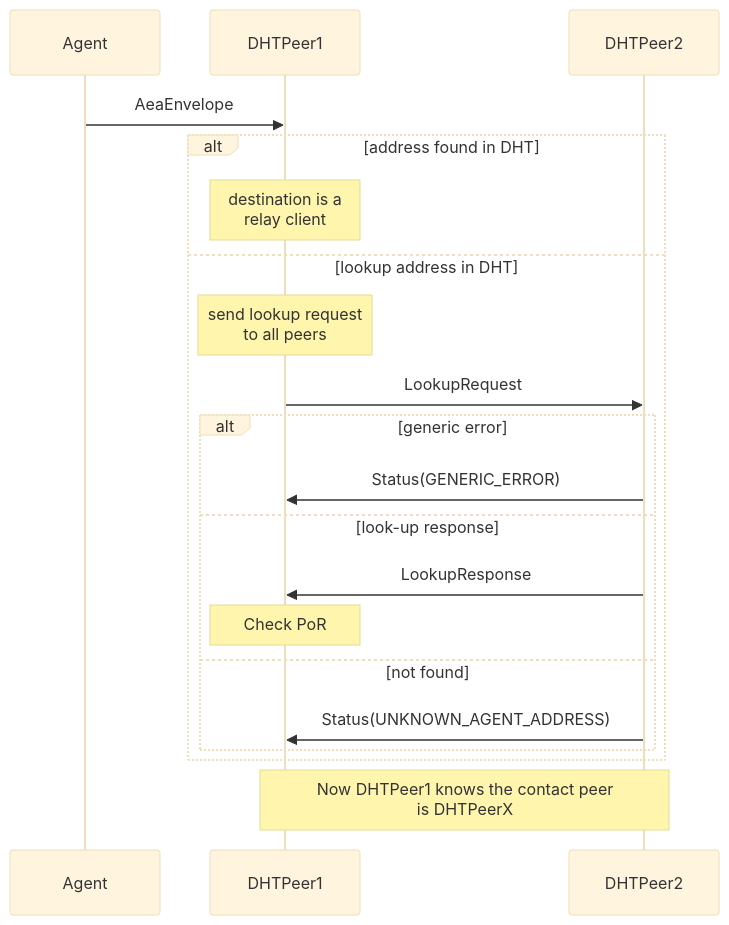
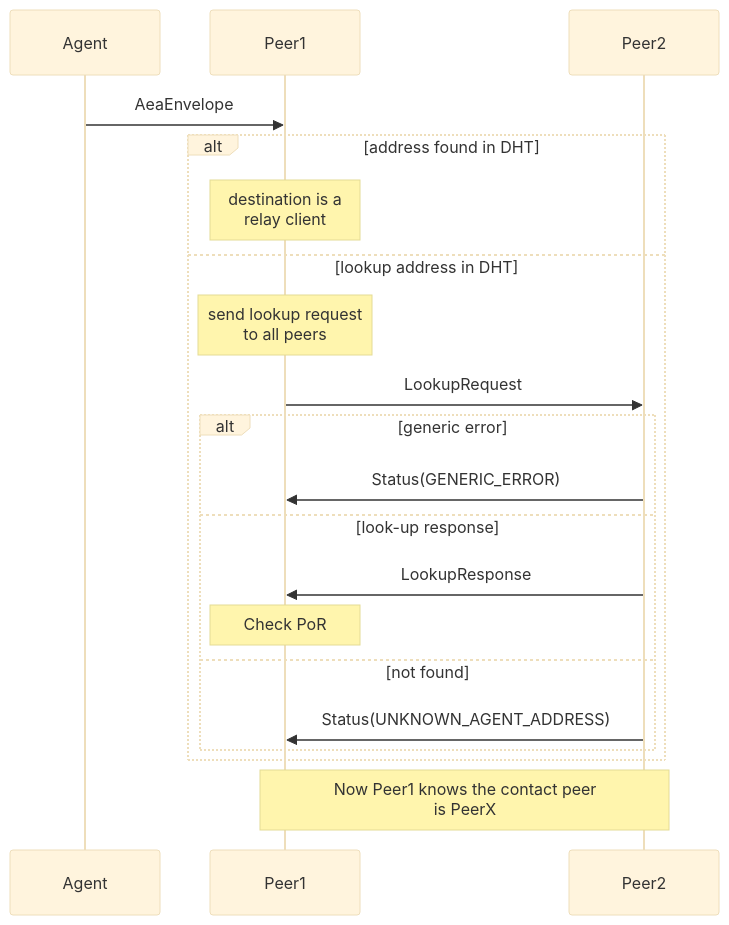
The sixth of 9 diagrams in docs/acn-internals.md (legendarydeveloper919/agents-aea), drawn with Mermaid (base theme) before and after one commit. The commit also changed other lines of this file, not shown here.

Commit message:
docs: rename DHTPeer with Peer

```diff
--- a/docs/acn-internals.md
+++ b/docs/acn-internals.md
@@ -313,22 +313,22 @@
 <div class="mermaid">
     sequenceDiagram
         participant Agent
-        participant DHTPeer1
-        participant DHTPeer2
-        Agent->>DHTPeer1: AeaEnvelope
+        participant Peer1
+        participant Peer2
+        Agent->>Peer1: AeaEnvelope
         alt address found in DHT
-            note over DHTPeer1: destination is a<br/>relay client
+            note over Peer1: destination is a<br/>relay client
         else lookup address in DHT
-            note over DHTPeer1: send lookup request<br/> to all peers
-            DHTPeer1->>DHTPeer2: LookupRequest
+            note over Peer1: send lookup request<br/> to all peers
+            Peer1->>Peer2: LookupRequest
             alt generic error
-                DHTPeer2->>DHTPeer1: Status(GENERIC_ERROR)
+                Peer2->>Peer1: Status(GENERIC_ERROR)
             else look-up response
-                DHTPeer2->>DHTPeer1: LookupResponse
-                note over DHTPeer1: Check PoR
+                Peer2->>Peer1: LookupResponse
+                note over Peer1: Check PoR
             else not found
-                DHTPeer2->>DHTPeer1:Status(UNKNOWN_AGENT_ADDRESS)
+                Peer2->>Peer1:Status(UNKNOWN_AGENT_ADDRESS)
             end
         end
-        note over DHTPeer1,DHTPeer2: Now DHTPeer1 knows the contact peer<br/>is DHTPeerX
+        note over Peer1,Peer2: Now Peer1 knows the contact peer<br/>is PeerX
 </div>
```
